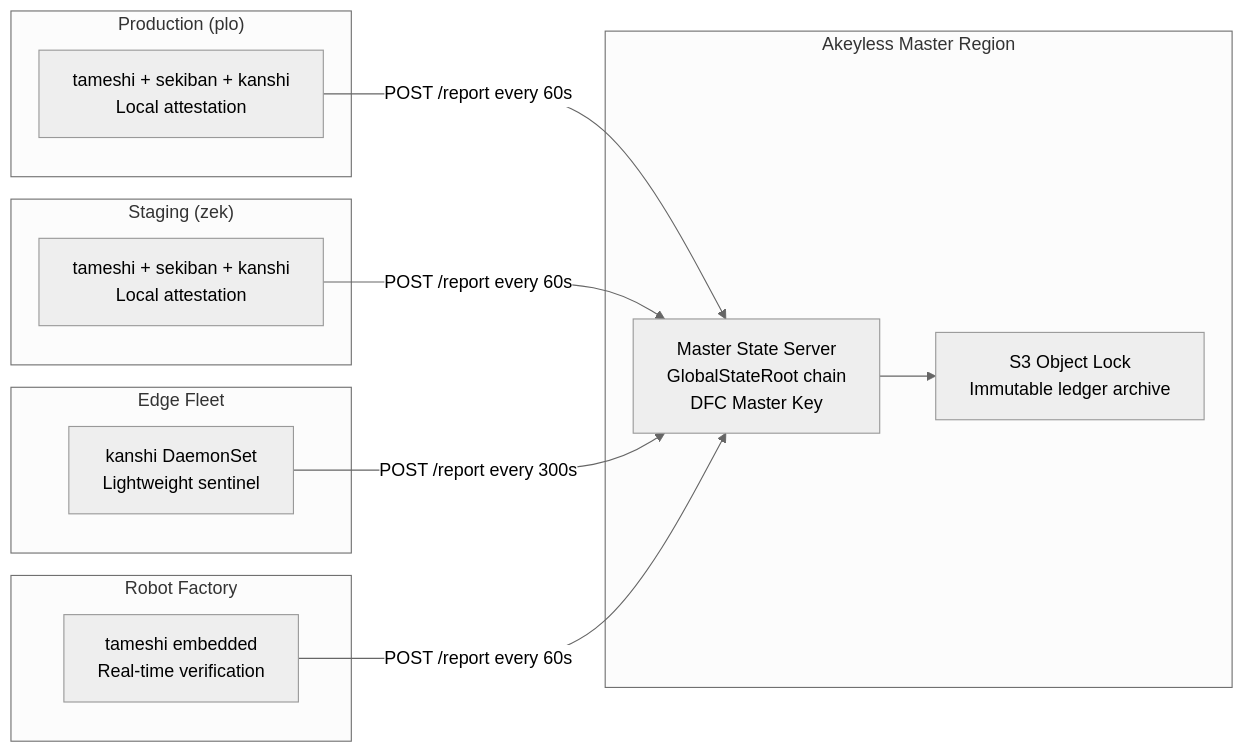
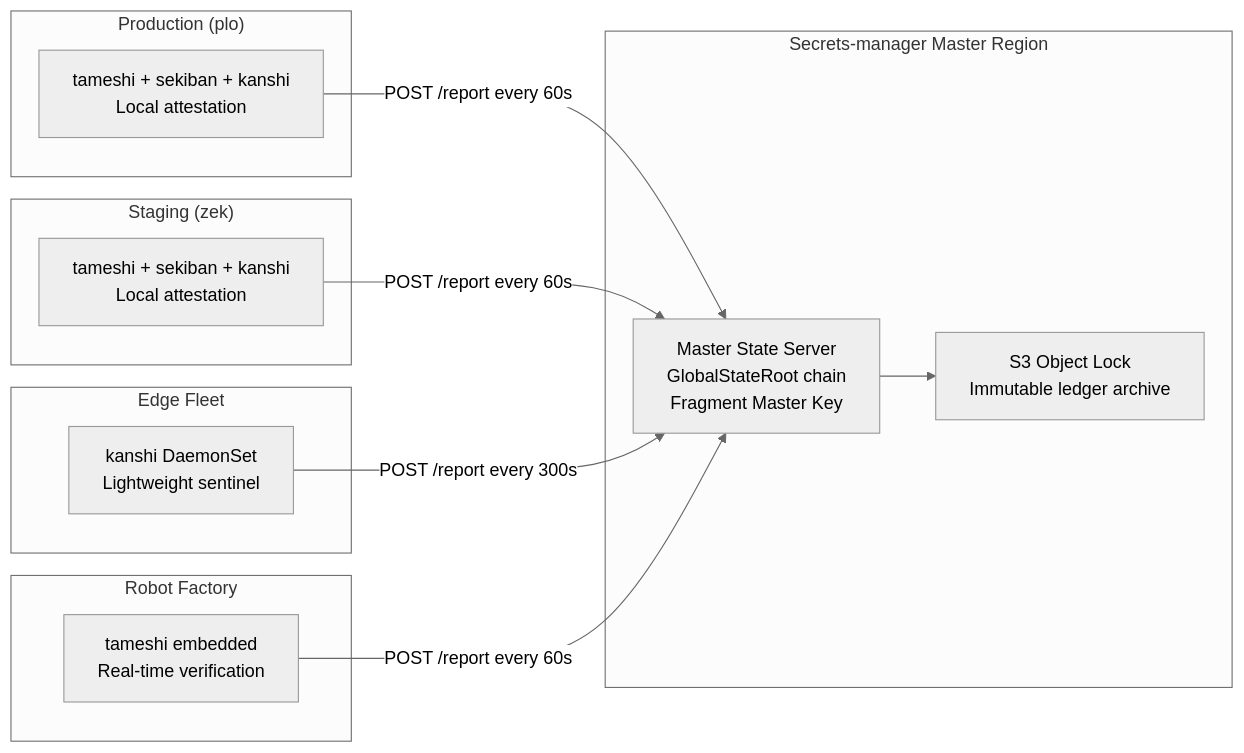
Before and after one commit to pleme-io/tameshi: the third of 3 diagrams in GLOBAL_STATE_ROOT.md, drawn with Mermaid (neutral theme). The commit also changed other lines of this file and 76 other files, not shown here.

First line of the commit message:
Rename secrets-manager and fragment-signer items to generic names

````diff
--- a/GLOBAL_STATE_ROOT.md
+++ b/GLOBAL_STATE_ROOT.md
@@ -439,28 +439,28 @@
 ```mermaid
 graph LR
-    subgraph "Akeyless Master Region"
-        MS[Master State Server<br/>GlobalStateRoot chain<br/>DFC Master Key]
+    subgraph "Secrets-manager Master Region"
+        MS[Master State Server<br/>GlobalStateRoot chain<br/>Fragment Master Key]
         S3[S3 Object Lock<br/>Immutable ledger archive]
         MS --> S3
     end
 
     subgraph "Production (plo)"
         PLO_T[tameshi + sekiban + kanshi<br/>Local attestation]
         PLO_T -->|"POST /report every 60s"| MS
     end
 
     subgraph "Staging (zek)"
         ZEK_T[tameshi + sekiban + kanshi<br/>Local attestation]
         ZEK_T -->|"POST /report every 60s"| MS
     end
 
     subgraph "Edge Fleet"
         EDGE[kanshi DaemonSet<br/>Lightweight sentinel]
         EDGE -->|"POST /report every 300s"| MS
     end
 
     subgraph "Robot Factory"
         ROBOT[tameshi embedded<br/>Real-time verification]
         ROBOT -->|"POST /report every 60s"| MS
     end
 ```
````
